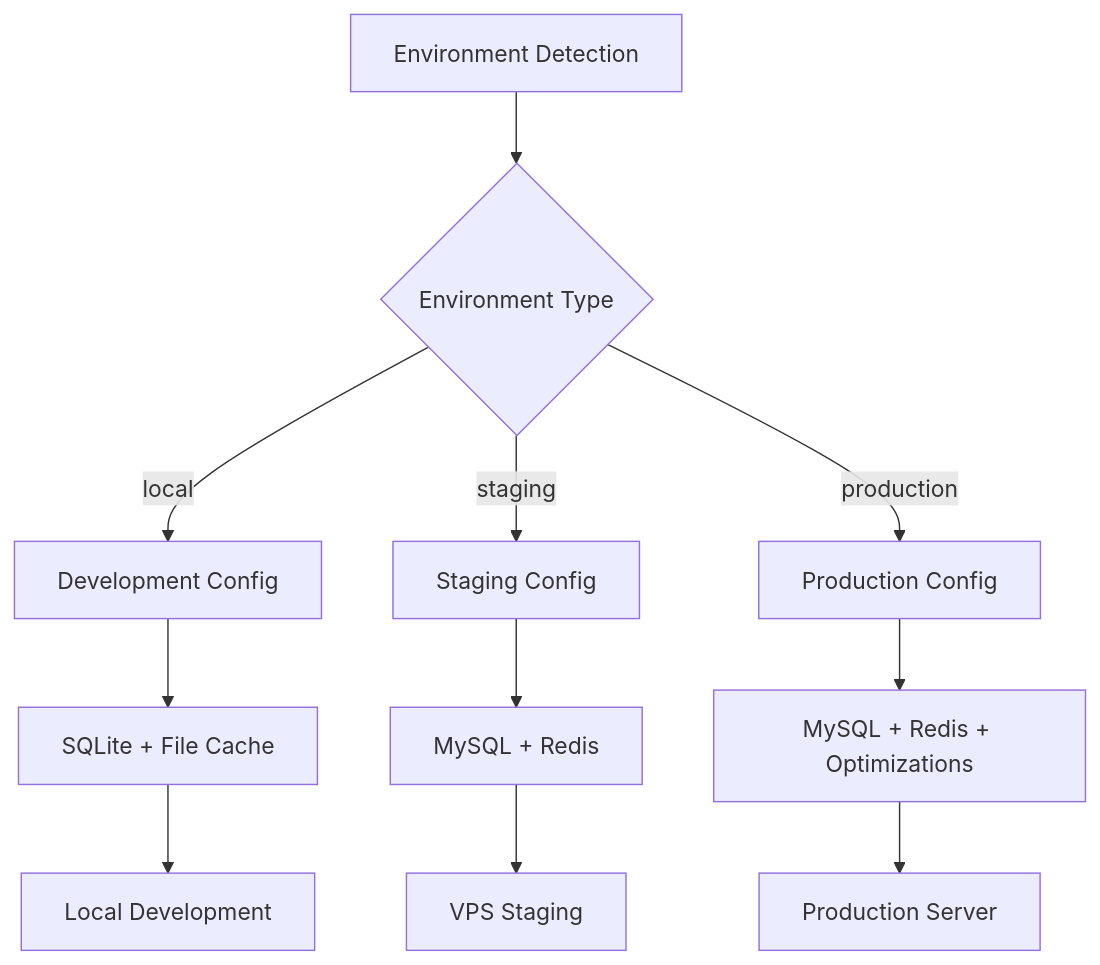
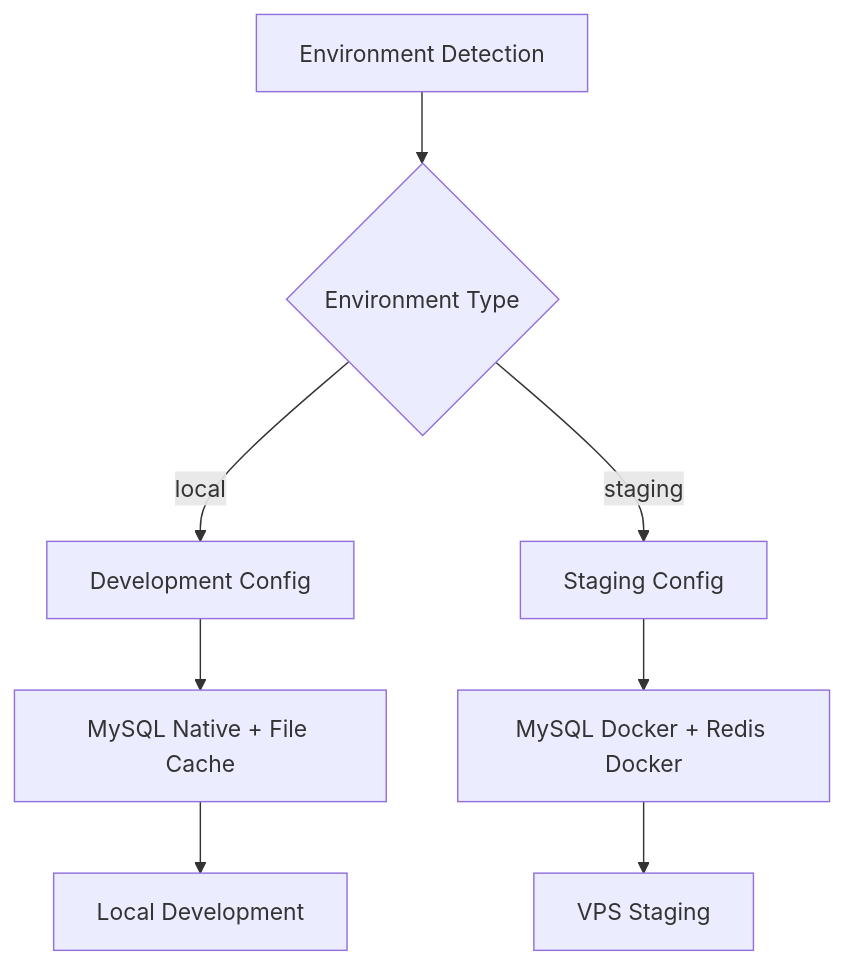
One commit to PhillipNobel/Controle-Financeiro changed the first of 3 diagrams in .kiro/specs/configuracao-ambientes/design.md. Above: the diagram before and after it, drawn with Mermaid. The commit also changed other lines of this file and 25 other files, not shown here.

````diff
--- a/.kiro/specs/configuracao-ambientes/design.md
+++ b/.kiro/specs/configuracao-ambientes/design.md
@@ -39,15 +39,12 @@
 ```mermaid
 graph TD
     A[Environment Detection] --> B{Environment Type}
     B -->|local| C[Development Config]
     B -->|staging| D[Staging Config]
-    B -->|production| E[Production Config]
     
-    C --> F[SQLite + File Cache]
-    D --> G[MySQL + Redis]
-    E --> H[MySQL + Redis + Optimizations]
+    C --> F[MySQL Native + File Cache]
+    D --> G[MySQL Docker + Redis Docker]
     
     F --> I[Local Development]
     G --> J[VPS Staging]
-    H --> K[Production Server]
 ```
````
